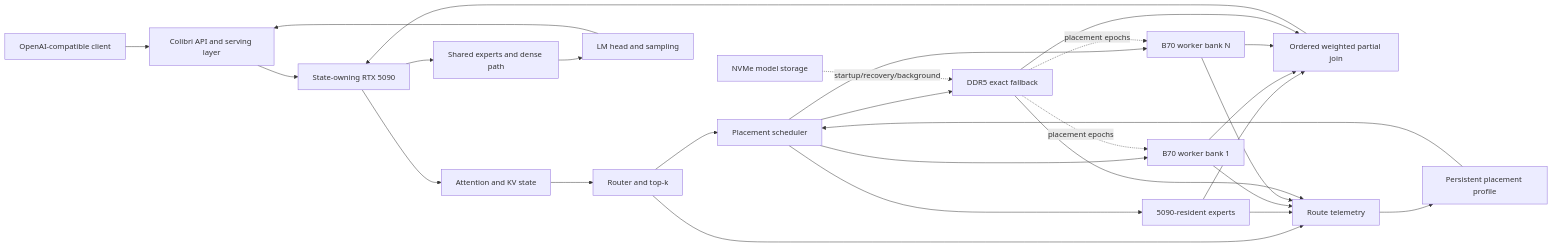
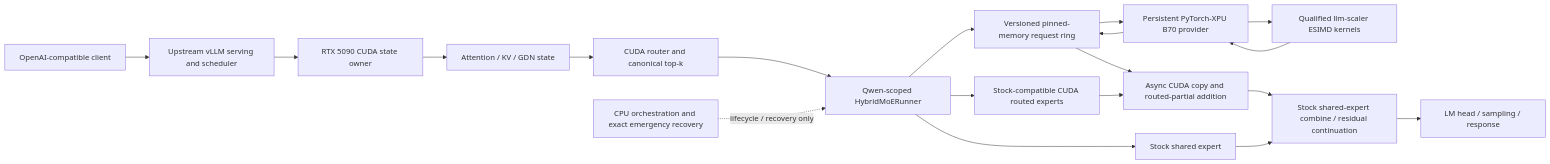
Before and after one commit to SRSWTI/shooting-brake: the diagram in docs/architecture.md, drawn with Mermaid. The commit also changed other lines of this file and 14 other files, not shown here.

````diff
--- a/docs/architecture.md
+++ b/docs/architecture.md
@@ -33,36 +25,25 @@
 ```mermaid
 flowchart LR
-    Client[OpenAI-compatible client] --> API[Colibri API and serving layer]
-    API --> Owner[State-owning RTX 5090]
+    Client[OpenAI-compatible client] --> API[Upstream vLLM serving and scheduler]
+    API --> Owner[RTX 5090 CUDA state owner]
 
-    Owner --> Attn[Attention and KV state]
-    Attn --> Router[Router and top-k]
-    Router --> Place[Placement scheduler]
+    Owner --> State[Attention / KV / GDN state]
+    State --> Router[CUDA router and canonical top-k]
+    Router --> Hybrid[Qwen-scoped HybridMoERunner]
 
-    Place --> Local[5090-resident experts]
-    Place --> XPU1[B70 worker bank 1]
-    Place --> XPU2[B70 worker bank N]
-    Place --> CPU[DDR5 exact fallback]
+    Hybrid --> Local[Stock-compatible CUDA routed experts]
+    Hybrid --> Shared[Stock shared expert]
+    Hybrid --> Ring[Versioned pinned-memory request ring]
+    Ring --> Provider[Persistent PyTorch-XPU B70 provider]
+    Provider --> Kernels[Qualified llm-scaler ESIMD kernels]
+    Kernels --> Provider
+    Provider --> Ring
 
-    Local --> Join[Ordered weighted partial join]
-    XPU1 --> Join
-    XPU2 --> Join
-    CPU --> Join
+    Ring --> RoutedJoin[Async CUDA copy and routed-partial addition]
+    Local --> RoutedJoin
+    RoutedJoin --> Combine[Stock shared-expert combine / residual continuation]
+    Shared --> Combine
+    Combine --> Output[LM head / sampling / response]
 
-    Join --> Owner
-    Owner --> Dense[Shared experts and dense path]
-    Dense --> Sample[LM head and sampling]
-    Sample --> API
-
-    Router --> Trace[Route telemetry]
-    Local --> Trace
-    XPU1 --> Trace
-    XPU2 --> Trace
-    CPU --> Trace
-    Trace --> Profile[Persistent placement profile]
-    Profile --> Place
-
-    NVMe[NVMe model storage] -. startup/recovery/background .-> CPU
-    CPU -. placement epochs .-> XPU1
-    CPU -. placement epochs .-> XPU2
+    CPU[CPU orchestration and exact emergency recovery] -. lifecycle / recovery only .-> Hybrid
 ```
````
